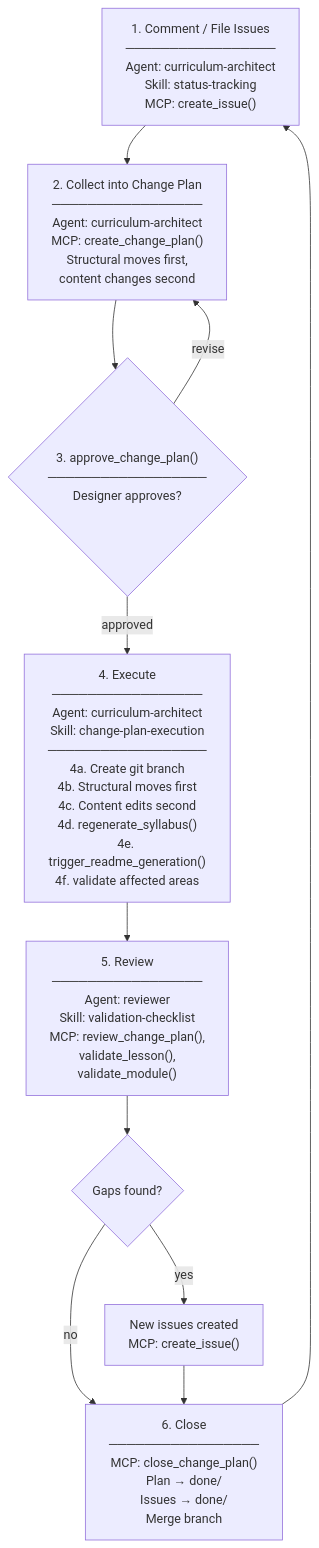
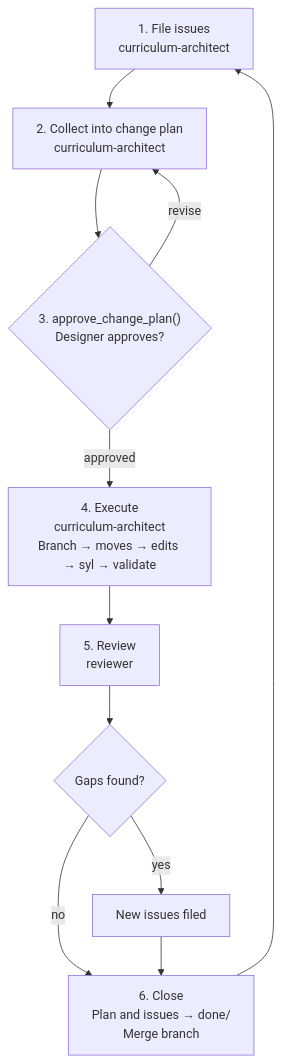
The fourth of 6 diagrams in docs/curik-mcp-server-spec.md (league-infrastructure/curik), drawn with Mermaid before and after one commit. The commit also changed other lines of this file and 1 other file, not shown here.

Commit message:
docs: add MCP server spec, remove outdated v1 project plan

````diff
--- a/docs/curik-mcp-server-spec.md
+++ b/docs/curik-mcp-server-spec.md
@@ -471,17 +488,13 @@
 ```mermaid
 flowchart TD
-    A["1. Comment / File Issues\n─────────────────\nAgent: curriculum-architect\nSkill: status-tracking\nMCP: create_issue()"] --> B["2. Collect into Change Plan\n─────────────────\nAgent: curriculum-architect\nMCP: create_change_plan()\nStructural moves first,\ncontent changes second"]
-    
-    B --> C{"3. approve_change_plan()\n──────────────────\nDesigner approves?"}
+    A["1. File issues<br/>curriculum-architect"] --> B["2. Collect into change plan<br/>curriculum-architect"]
+    B --> C{"3. approve_change_plan()<br/>Designer approves?"}
     C -->|revise| B
-    C -->|approved| D["4. Execute\n─────────────────\nAgent: curriculum-architect\nSkill: change-plan-execution\n──────────────────\n4a. Create git branch\n4b. Structural moves first\n4c. Content edits second\n4d. regenerate_syllabus()\n4e. trigger_readme_generation()\n4f. validate affected areas"]
-    
-    D --> E["5. Review\n─────────────────\nAgent: reviewer\nSkill: validation-checklist\nMCP: review_change_plan(),\nvalidate_lesson(),\nvalidate_module()"]
-    
-    E --> F{"Gaps found?"}
-    F -->|"yes"| G["New issues created\nMCP: create_issue()"]
-    F -->|"no"| H["6. Close\n─────────────────\nMCP: close_change_plan()\nPlan → done/\nIssues → done/\nMerge branch"]
-    
+    C -->|approved| D["4. Execute<br/>curriculum-architect<br/>Branch → moves → edits → syl → validate"]
+    D --> E["5. Review<br/>reviewer"]
+    E --> F{Gaps found?}
+    F -->|yes| G[New issues filed]
+    F -->|no| H["6. Close<br/>Plan and issues → done/<br/>Merge branch"]
     G --> H
     H --> A
 ```
````
